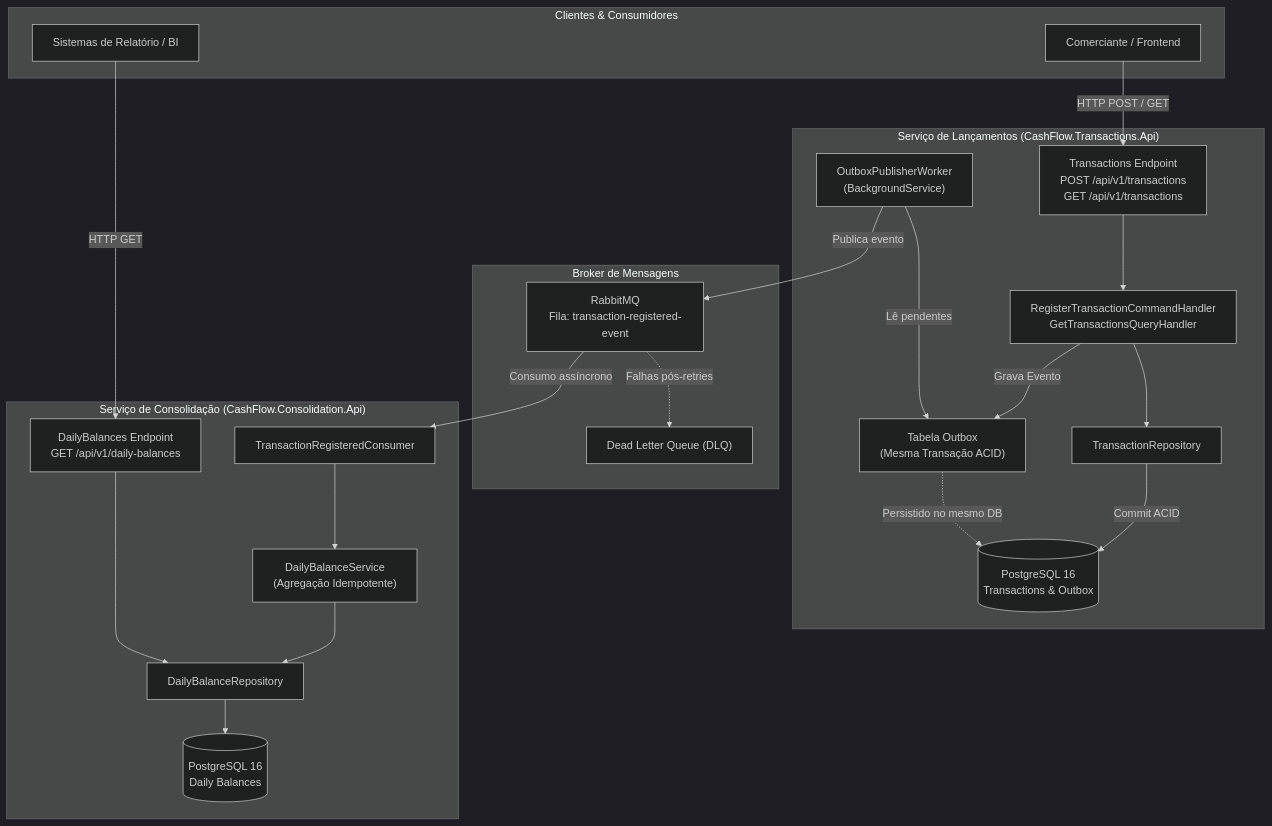
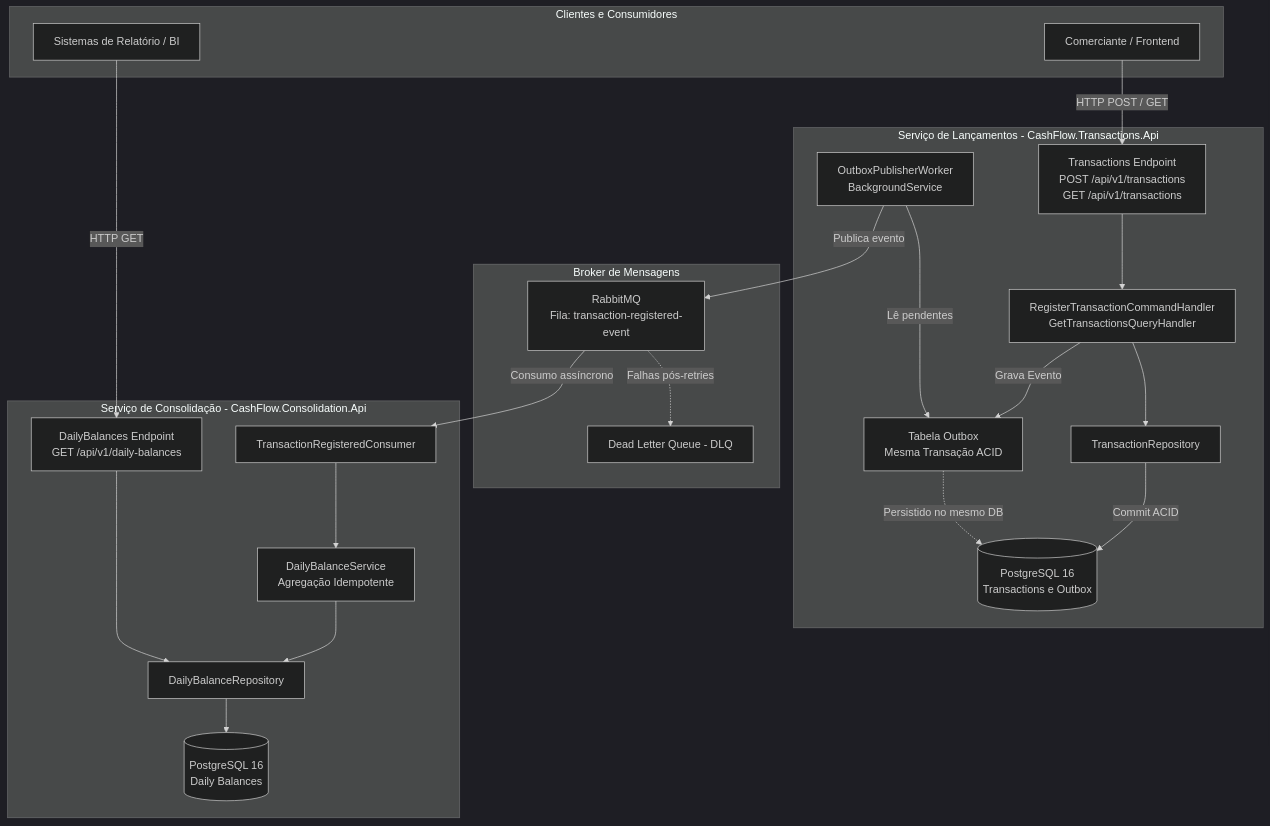
Before and after one commit to MoisesAlvarenga/CashFlow: the diagram in README.md, drawn with Mermaid (dark theme). The commit also changed 1 other file, not shown here.

Commit message:
fix(docs): format Mermaid diagrams with strict GitHub-compliant syntax

````diff
--- a/README.md
+++ b/README.md
@@ -121,47 +121,47 @@
 ```mermaid
 flowchart TD
-    subgraph Clientes["Clientes & Consumidores"]
+    subgraph Clientes["Clientes e Consumidores"]
         Merchant["Comerciante / Frontend"]
         Relatorios["Sistemas de Relatório / BI"]
     end
 
-    subgraph TransactionsService["Serviço de Lançamentos (CashFlow.Transactions.Api)"]
-        TransactionsEndpoint["Transactions Endpoint\nPOST /api/v1/transactions\nGET /api/v1/transactions"]
-        TransactionHandler["RegisterTransactionCommandHandler\nGetTransactionsQueryHandler"]
+    subgraph TransactionsService["Serviço de Lançamentos - CashFlow.Transactions.Api"]
+        TransactionsEndpoint["Transactions Endpoint<br/>POST /api/v1/transactions<br/>GET /api/v1/transactions"]
+        TransactionHandler["RegisterTransactionCommandHandler<br/>GetTransactionsQueryHandler"]
         TransactionRepo["TransactionRepository"]
-        OutboxTable["Tabela Outbox\n(Mesma Transação ACID)"]
-        OutboxPublisher["OutboxPublisherWorker\n(BackgroundService)"]
-        DbTransactions[("PostgreSQL 16\nTransactions & Outbox")]
+        OutboxTable["Tabela Outbox<br/>Mesma Transação ACID"]
+        OutboxPublisher["OutboxPublisherWorker<br/>BackgroundService"]
+        DbTransactions[(PostgreSQL 16<br/>Transactions e Outbox)]
     end
 
     subgraph Mensageria["Broker de Mensagens"]
-        Queue["RabbitMQ\nFila: transaction-registered-event"]
-        DLQ["Dead Letter Queue (DLQ)"]
+        Queue["RabbitMQ<br/>Fila: transaction-registered-event"]
+        DLQ["Dead Letter Queue - DLQ"]
     end
 
-    subgraph ConsolidationService["Serviço de Consolidação (CashFlow.Consolidation.Api)"]
+    subgraph ConsolidationService["Serviço de Consolidação - CashFlow.Consolidation.Api"]
         EventConsumer["TransactionRegisteredConsumer"]
-        DailyBalanceService["DailyBalanceService\n(Agregação Idempotente)"]
+        DailyBalanceService["DailyBalanceService<br/>Agregação Idempotente"]
         DailyBalanceRepo["DailyBalanceRepository"]
-        DbConsolidation[("PostgreSQL 16\nDaily Balances")]
-        DailyBalancesEndpoint["DailyBalances Endpoint\nGET /api/v1/daily-balances"]
+        DbConsolidation[(PostgreSQL 16<br/>Daily Balances)]
+        DailyBalancesEndpoint["DailyBalances Endpoint<br/>GET /api/v1/daily-balances"]
     end
 
-    Merchant -->|HTTP POST / GET| TransactionsEndpoint
+    Merchant -->|"HTTP POST / GET"| TransactionsEndpoint
     TransactionsEndpoint --> TransactionHandler
     TransactionHandler --> TransactionRepo
-    TransactionRepo -->|Commit ACID| DbTransactions
-    TransactionHandler -->|Grava Evento| OutboxTable
-    OutboxTable -.->|Persistido no mesmo DB| DbTransactions
+    TransactionRepo -->|"Commit ACID"| DbTransactions
+    TransactionHandler -->|"Grava Evento"| OutboxTable
+    OutboxTable -.->|"Persistido no mesmo DB"| DbTransactions
 
-    OutboxPublisher -->|Lê pendentes| OutboxTable
-    OutboxPublisher -->|Publica evento| Queue
-    Queue -->|Consumo assíncrono| EventConsumer
-    Queue -.->|Falhas pós-retries| DLQ
+    OutboxPublisher -->|"Lê pendentes"| OutboxTable
+    OutboxPublisher -->|"Publica evento"| Queue
+    Queue -->|"Consumo assíncrono"| EventConsumer
+    Queue -.->|"Falhas pós-retries"| DLQ
     EventConsumer --> DailyBalanceService
     DailyBalanceService --> DailyBalanceRepo
     DailyBalanceRepo --> DbConsolidation
 
-    Relatorios -->|HTTP GET| DailyBalancesEndpoint
+    Relatorios -->|"HTTP GET"| DailyBalancesEndpoint
     DailyBalancesEndpoint --> DailyBalanceRepo
 ```
````
